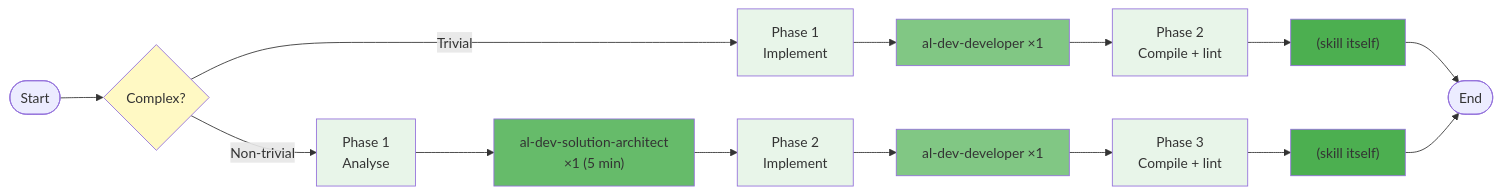
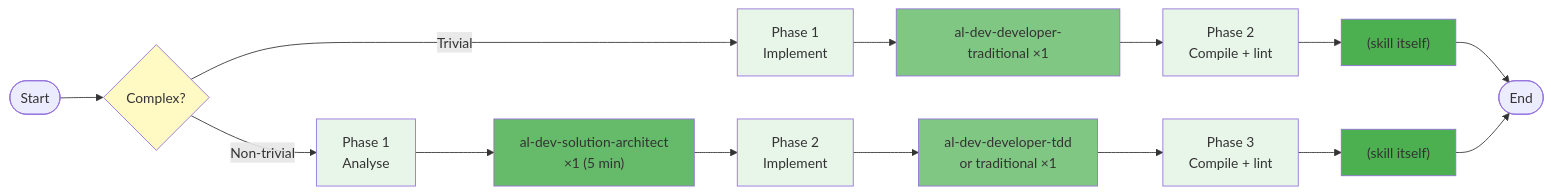
Before and after one commit to russell-laing/al-dev-shared: the fourth of 21 diagrams in docs/al-dev-skills-map.md, drawn with Mermaid. The commit also changed other lines of this file, not shown here.

Commit message:
docs(skill-map): refresh developer split and skill scope

````diff
--- a/docs/al-dev-skills-map.md
+++ b/docs/al-dev-skills-map.md
@@ -158,30 +158,30 @@
 ```mermaid
 flowchart LR
     Start([Start]) --> Decision{Complex?}
 
     Decision -->|Trivial| Phase1T["Phase 1<br/>Implement"]
-    Phase1T --> DevAgent["al-dev-developer ×1"]
+    Phase1T --> DevAgent["al-dev-developer-traditional ×1"]
     DevAgent --> Phase2T["Phase 2<br/>Compile + lint"]
     Phase2T --> SkillT["(skill itself)"]
     SkillT --> End([End])
 
     Decision -->|Non-trivial| Phase1C["Phase 1<br/>Analyse"]
     Phase1C --> ArchAgent["al-dev-solution-architect<br/>×1 (5 min)"]
     ArchAgent --> Phase2C["Phase 2<br/>Implement"]
-    Phase2C --> DevAgent2["al-dev-developer ×1"]
+    Phase2C --> DevAgent2["al-dev-developer-tdd<br/>or traditional ×1"]
     DevAgent2 --> Phase3C["Phase 3<br/>Compile + lint"]
     Phase3C --> SkillC["(skill itself)"]
     SkillC --> End
 
     style Decision fill:#fff9c4
     style Phase1T fill:#e8f5e9
     style Phase1C fill:#e8f5e9
     style Phase2T fill:#e8f5e9
     style Phase2C fill:#e8f5e9
     style Phase3C fill:#e8f5e9
     style DevAgent fill:#81c784
     style DevAgent2 fill:#81c784
     style ArchAgent fill:#66bb6a
     style SkillT fill:#4caf50
     style SkillC fill:#4caf50
 ```
````
